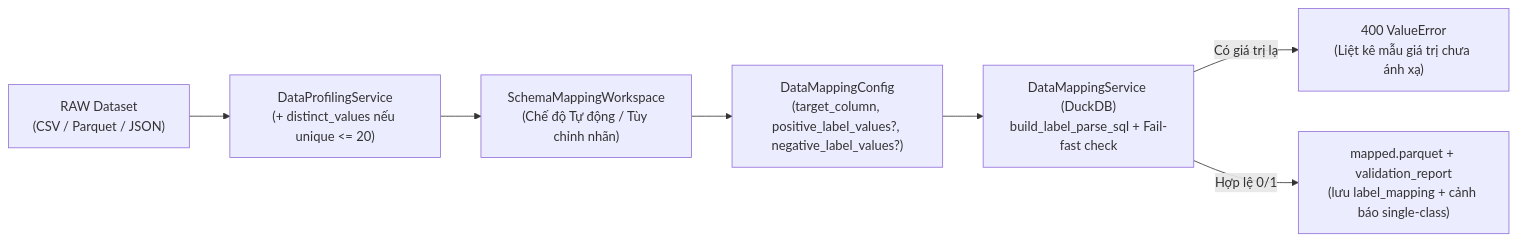
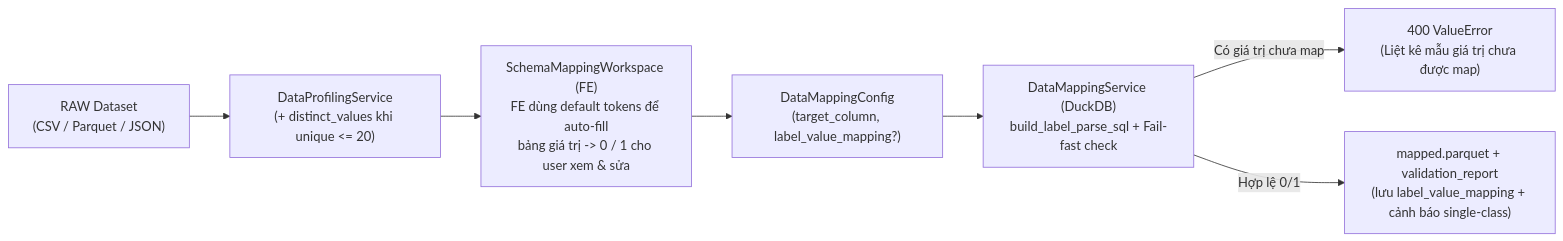
The first of 2 diagrams in .plan/raw_label_parsing_and_mapping.md (pqkkkkk/usfds), drawn with Mermaid before and after one commit. The commit also changed other lines of this file and 1 other file, not shown here.

Commit message:
modify plan for raw label parsing

````diff
--- a/.plan/raw_label_parsing_and_mapping.md
+++ b/.plan/raw_label_parsing_and_mapping.md
@@ -27,9 +28,9 @@
 ```mermaid
 flowchart LR
-    RAW["RAW Dataset<br/>(CSV / Parquet / JSON)"] --> PROF["DataProfilingService<br/>(+ distinct_values nếu unique <= 20)"]
-    PROF --> UI["SchemaMappingWorkspace<br/>(Chế độ Tự động / Tùy chỉnh nhãn)"]
-    UI --> CFG["DataMappingConfig<br/>(target_column, positive_label_values?, negative_label_values?)"]
+    RAW["RAW Dataset<br/>(CSV / Parquet / JSON)"] --> PROF["DataProfilingService<br/>(+ distinct_values khi unique <= 20)"]
+    PROF --> UI["SchemaMappingWorkspace (FE)<br/>FE dùng default tokens để auto-fill<br/>bảng giá trị -> 0 / 1 cho user xem & sửa"]
+    UI --> CFG["DataMappingConfig<br/>(target_column, label_value_mapping?)"]
     CFG --> MAP["DataMappingService (DuckDB)<br/>build_label_parse_sql + Fail-fast check"]
-    MAP -->|Có giá trị lạ| ERR["400 ValueError<br/>(Liệt kê mẫu giá trị chưa ánh xạ)"]
-    MAP -->|Hợp lệ 0/1| MAPPED["mapped.parquet + validation_report<br/>(lưu label_mapping + cảnh báo single-class)"]
+    MAP -->|Có giá trị chưa map| ERR["400 ValueError<br/>(Liệt kê mẫu giá trị chưa được map)"]
+    MAP -->|Hợp lệ 0/1| MAPPED["mapped.parquet + validation_report<br/>(lưu label_value_mapping + cảnh báo single-class)"]
 ```
````
